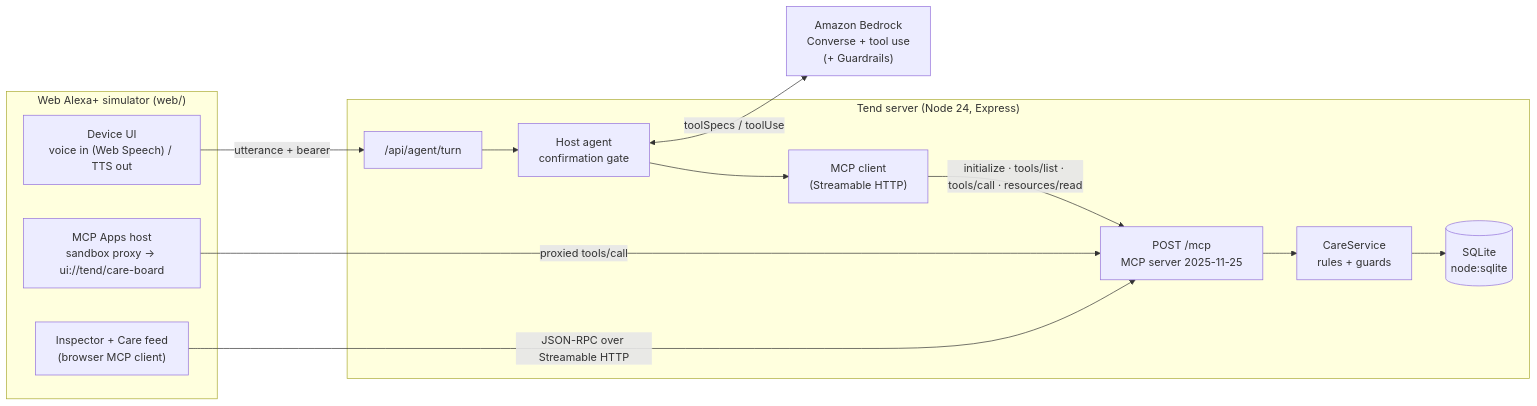
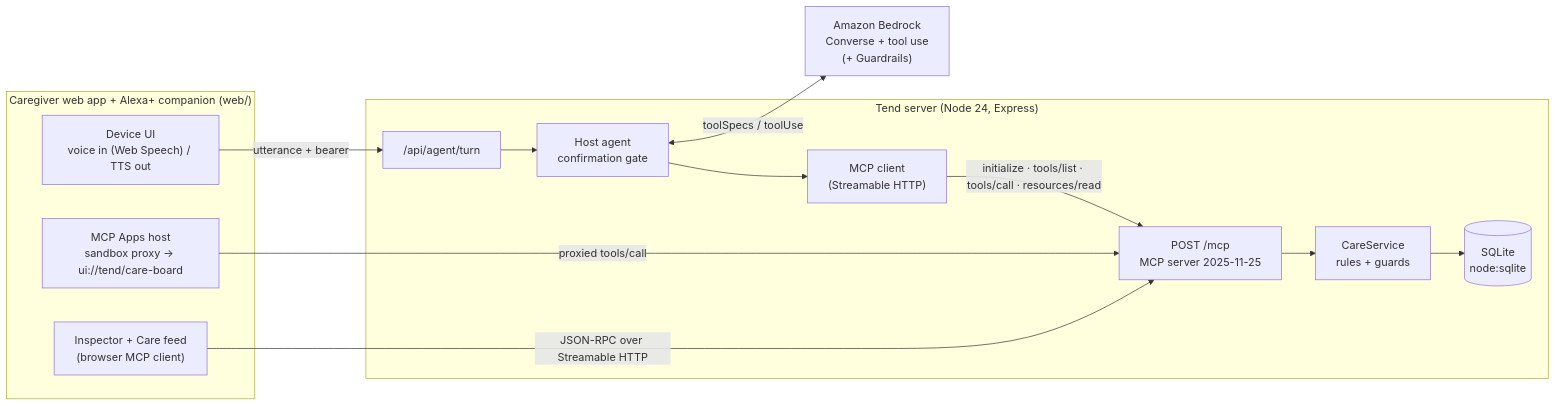
The diagram in README.md (SaiPrasadx07/Tend-Care), drawn with Mermaid before and after one commit. The commit also changed other lines of this file and 32 other files, not shown here.

First line of the commit message:
Redesign the web app into a caregiver command center

````diff
--- a/README.md
+++ b/README.md
@@ -54,24 +66,24 @@
 ```mermaid
 flowchart LR
-  subgraph Browser["Web Alexa+ simulator (web/)"]
+  subgraph Browser["Caregiver web app + Alexa+ companion (web/)"]
     UI["Device UI<br/>voice in (Web Speech) / TTS out"]
     Host["MCP Apps host<br/>sandbox proxy → ui://tend/care-board"]
     Insp["Inspector + Care feed<br/>(browser MCP client)"]
   end
   subgraph Server["Tend server (Node 24, Express)"]
     API["/api/agent/turn"]
     Agent["Host agent<br/>confirmation gate"]
     MCPC["MCP client<br/>(Streamable HTTP)"]
     MCP["POST /mcp<br/>MCP server 2025-11-25"]
     Care["CareService<br/>rules + guards"]
     DB[("SQLite<br/>node:sqlite")]
   end
   Bedrock["Amazon Bedrock<br/>Converse + tool use<br/>(+ Guardrails)"]
 
   UI -- "utterance + bearer" --> API --> Agent
   Agent <-- "toolSpecs / toolUse" --> Bedrock
   Agent --> MCPC -- "initialize · tools/list · tools/call · resources/read" --> MCP
   Insp -- "JSON-RPC over Streamable HTTP" --> MCP
   Host -- "proxied tools/call" --> MCP
   MCP --> Care --> DB
 ```
````
